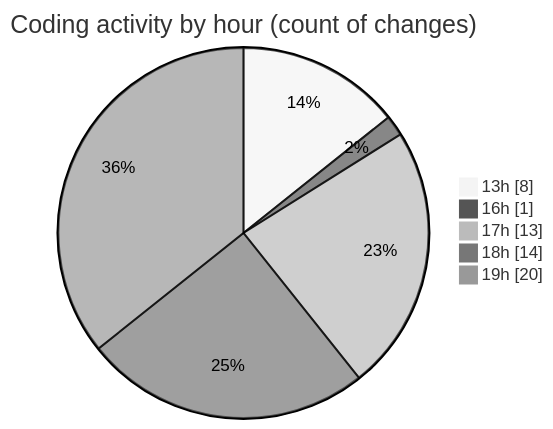
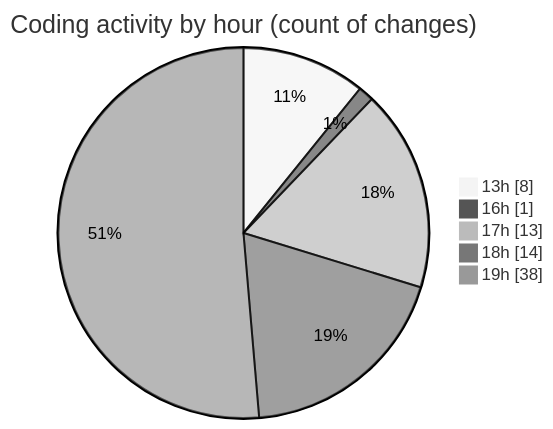
The second of 2 diagrams in 2025-08-24/chatgpt-extension/README.md (EIIisD/code-tracking), drawn with Mermaid (neutral theme) before and after one commit. The commit also changed other lines of this file and 1 other file, not shown here.

````diff
--- a/2025-08-24/chatgpt-extension/README.md
+++ b/2025-08-24/chatgpt-extension/README.md
@@ -35,9 +38,9 @@
 ```mermaid
 pie showData
 title Coding activity by hour (count of changes)
 "13h" : 8
 "16h" : 1
 "17h" : 13
 "18h" : 14
-"19h" : 20
+"19h" : 38
 ```
````
